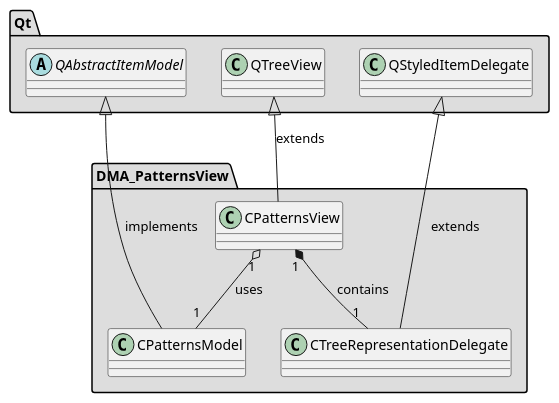
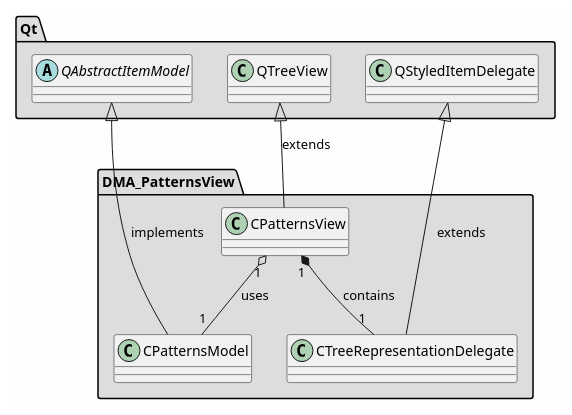
One commit to svlad-90/DLT-Message-Analyzer changed the diagram in md/dev_docs/puml/DMA_PatternsView_standalone.puml. Above: the diagram before and after it, drawn with PlantUML. The commit also changed 70 other files, not shown here.

```diff
--- a/md/dev_docs/puml/DMA_PatternsView_standalone.puml
+++ b/md/dev_docs/puml/DMA_PatternsView_standalone.puml
@@ -2,47 +2,48 @@
 @startuml
 
+skinparam backgroundColor #FEFEFE
 skinparam wrapWidth 600
 package "DMA_PatternsView" #DDDDDD
 {
 
 class "CPatternsModel"
 {
 }
 
 class "CPatternsView"
 {
 }
 
 class "CTreeRepresentationDelegate"
 {
 }
 
 }
 
 package "Qt" #DDDDDD
 {
 
 abstract class "QAbstractItemModel"
 {
 }
 
 class "QStyledItemDelegate"
 {
 }
 
 class "QTreeView"
 {
 }
 
 }
 
 '====================Inheritance section====================
 QAbstractItemModel <|-- CPatternsModel : implements
 QTreeView <|-- CPatternsView : extends
 QStyledItemDelegate <|-- CTreeRepresentationDelegate : extends
 
 '====================Dependencies section====================
 CPatternsView "1" o-- "1" CPatternsModel : uses
 CPatternsView "1" *-- "1" CTreeRepresentationDelegate : contains
 
 @enduml
```
